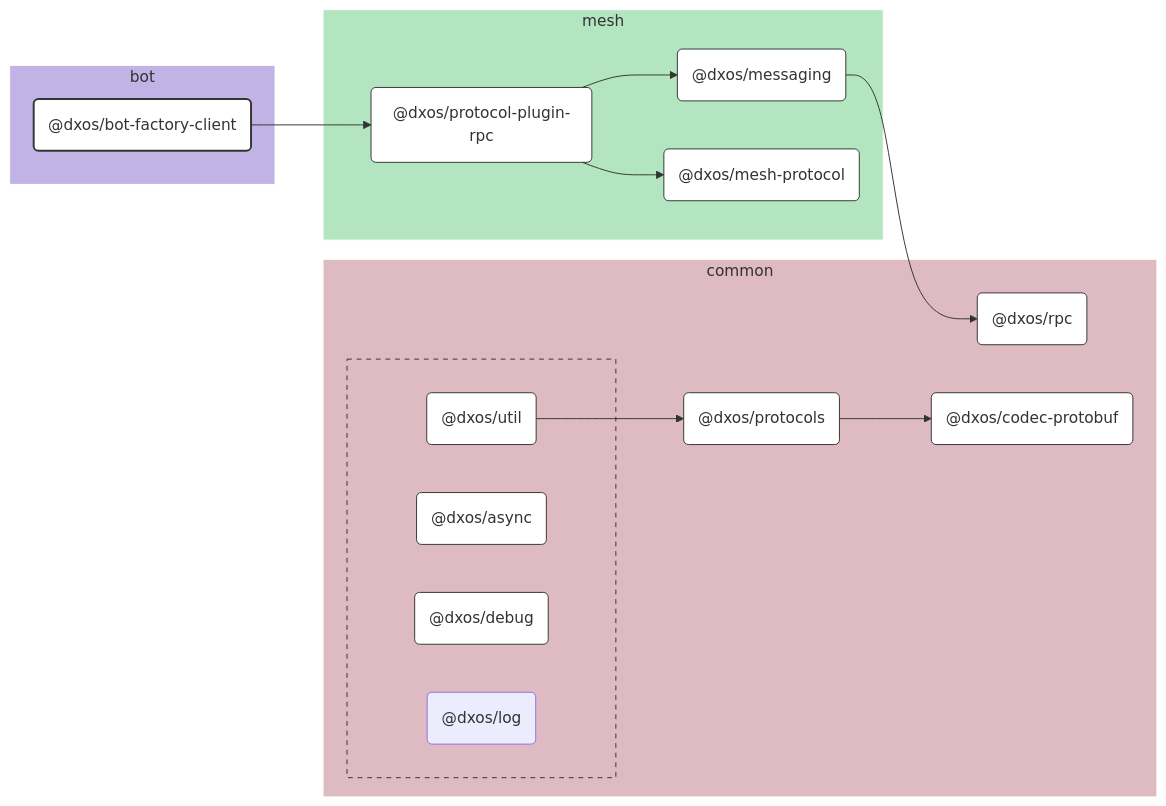
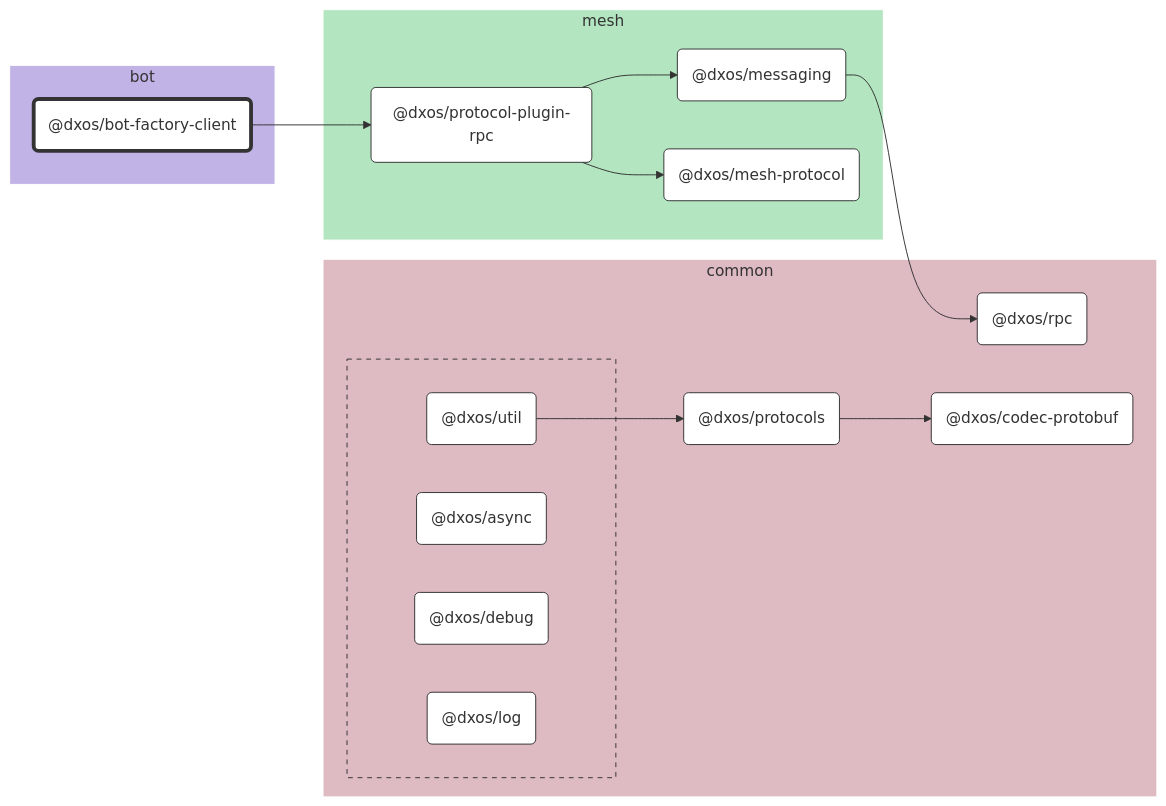
The diagram in packages/bot/bot-factory-client/docs/README.md (dxos/dxos), drawn with Mermaid before and after one commit. The commit also changed other lines of this file and 86 other files, not shown here.

````diff
--- a/packages/bot/bot-factory-client/docs/README.md
+++ b/packages/bot/bot-factory-client/docs/README.md
@@ -7,74 +7,76 @@
 ```mermaid
 %%{ init: {'flowchart':{'curve':'basis'}} }%%
 
 flowchart LR
 
 %% Links
 dxos/bot-factory-client --> dxos/protocol-plugin-rpc;
 dxos/messaging --> dxos/rpc;
 dxos/protocol-plugin-rpc --> dxos/mesh-protocol;
 dxos/protocol-plugin-rpc --> dxos/messaging;
 dxos/protocols --> dxos/codec-protobuf;
 dxos/util --> dxos/protocols;
 
 %% Sections
 subgraph bot
   style bot fill:#c2b3e6,stroke:#fff;
 
   dxos/bot-factory-client("@dxos/bot-factory-client")
 end
 
 subgraph common
   style common fill:#debac2,stroke:#fff;
 
   dxos/codec-protobuf("@dxos/codec-protobuf")
   dxos/protocols("@dxos/protocols")
   dxos/rpc("@dxos/rpc")
 
   subgraph common-excluded [ ]
     style common-excluded fill:#debac2,stroke:#333,stroke-dasharray:5 5;
 
     dxos/async("@dxos/async")
     dxos/debug("@dxos/debug")
     dxos/log("@dxos/log")
     dxos/util("@dxos/util")
   end
 end
 
 subgraph mesh
   style mesh fill:#b3e6c0,stroke:#fff;
 
   dxos/mesh-protocol("@dxos/mesh-protocol")
   dxos/messaging("@dxos/messaging")
   dxos/protocol-plugin-rpc("@dxos/protocol-plugin-rpc")
 end
 
 
 %% Hyperlinks
 click dxos/async "dxos/dxos/tree/main/packages/common/async/docs";
 click dxos/codec-protobuf "dxos/dxos/tree/main/packages/common/codec-protobuf/docs";
 click dxos/debug "dxos/dxos/tree/main/packages/common/debug/docs";
+click dxos/log "dxos/dxos/tree/main/packages/common/log/docs";
 click dxos/mesh-protocol "dxos/dxos/tree/main/packages/mesh/mesh-protocol/docs";
 click dxos/messaging "dxos/dxos/tree/main/packages/mesh/messaging/docs";
 click dxos/protocol-plugin-rpc "dxos/dxos/tree/main/packages/mesh/protocol-plugin-rpc/docs";
 click dxos/protocols "dxos/dxos/tree/main/packages/common/protocols/docs";
 click dxos/rpc "dxos/dxos/tree/main/packages/common/rpc/docs";
 click dxos/util "dxos/dxos/tree/main/packages/common/util/docs";
 
 %% Styles
-classDef rootNode fill:#fff,stroke:#333,stroke-width:2px
+classDef rootNode fill:#fff,stroke:#333,stroke-width:4px
 classDef defaultNode fill:#fff,stroke:#333,stroke-width:1px
 linkStyle default stroke:#333,stroke-width:1px
 
 dxos/bot-factory-client:::rootNode
 
 dxos/async:::defaultNode
 dxos/codec-protobuf:::defaultNode
 dxos/debug:::defaultNode
+dxos/log:::defaultNode
 dxos/mesh-protocol:::defaultNode
 dxos/messaging:::defaultNode
 dxos/protocol-plugin-rpc:::defaultNode
 dxos/protocols:::defaultNode
 dxos/rpc:::defaultNode
 dxos/util:::defaultNode
 ```
````
